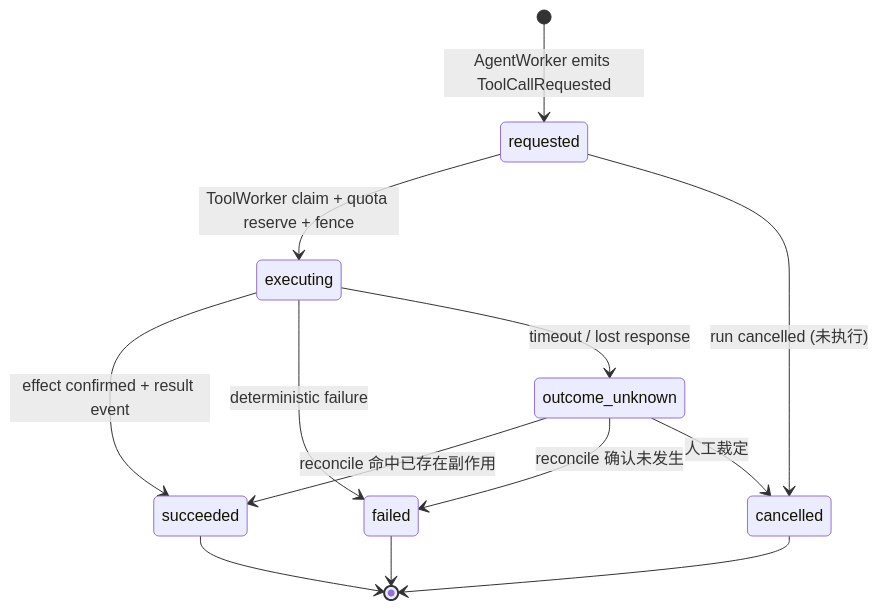
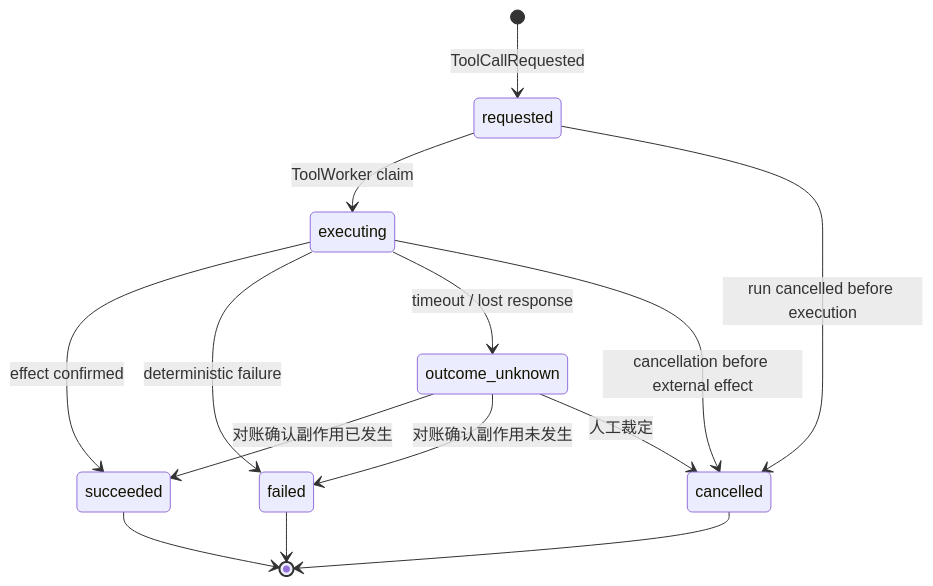
The second of 3 diagrams in docs/state-machines.md (erweixin/langshift.dev), drawn with Mermaid before and after one commit. The commit also changed other lines of this file and 9 other files, not shown here.

Commit message:
feat: update architecture documentation for Lites Cloud Agent, detailing deployment models, capacity planning, concurrency mechanisms, and operational strategies to enhance system robustness and multi-tenancy support

````diff
--- a/docs/state-machines.md
+++ b/docs/state-machines.md
@@ -46,18 +94,16 @@
 ```mermaid
 stateDiagram-v2
-  [*] --> requested: AgentWorker emits ToolCallRequested
-  requested --> executing: ToolWorker claim + quota reserve + fence
-  requested --> cancelled: run cancelled (未执行)
-
-  executing --> succeeded: effect confirmed + result event
+  [*] --> requested: ToolCallRequested
+  requested --> executing: ToolWorker claim
+  requested --> cancelled: run cancelled before execution
+  executing --> succeeded: effect confirmed
   executing --> failed: deterministic failure
   executing --> outcome_unknown: timeout / lost response
-
-  outcome_unknown --> succeeded: reconcile 命中已存在副作用
-  outcome_unknown --> failed: reconcile 确认未发生
+  executing --> cancelled: cancellation before external effect
+  outcome_unknown --> succeeded: 对账确认副作用已发生
+  outcome_unknown --> failed: 对账确认副作用未发生
   outcome_unknown --> cancelled: 人工裁定
-
   succeeded --> [*]
   failed --> [*]
   cancelled --> [*]
 ```
````
